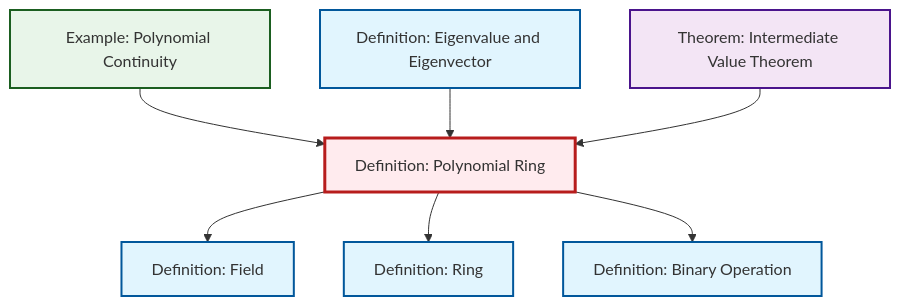
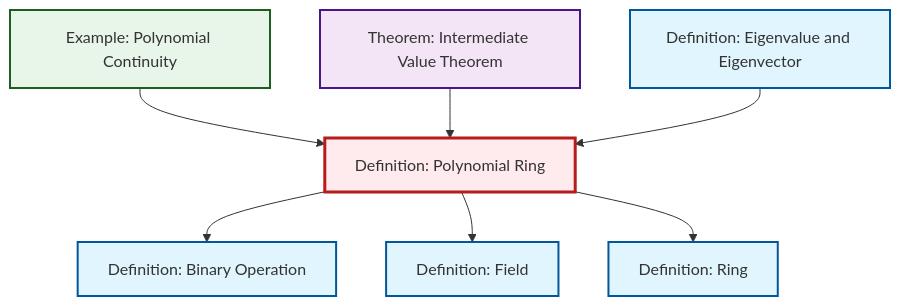
One commit to RK0429/ModernMath changed the diagram in content/en/algebra/def-polynomial-ring.qmd. Above: the diagram before and after it, drawn with Mermaid. The commit also changed other lines of this file and 474 other files, not shown here.

````diff
--- a/content/en/algebra/def-polynomial-ring.qmd
+++ b/content/en/algebra/def-polynomial-ring.qmd
@@ -93,29 +93,29 @@
 ```{mermaid}
 %%| fig-cap: "Local dependency graph"
 graph TD
     classDef definition fill:#e1f5fe,stroke:#01579b,stroke-width:2px
     classDef theorem fill:#f3e5f5,stroke:#4a148c,stroke-width:2px
     classDef axiom fill:#fff3e0,stroke:#e65100,stroke-width:2px
     classDef example fill:#e8f5e9,stroke:#1b5e20,stroke-width:2px
     classDef current fill:#ffebee,stroke:#b71c1c,stroke-width:3px
+    ex-polynomial-continuity["Example: Polynomial Continuity"]:::example
+    def-field["Definition: Field"]:::definition
+    def-polynomial-ring["Definition: Polynomial Ring"]:::definition
     def-ring["Definition: Ring"]:::definition
     thm-intermediate-value["Theorem: Intermediate Value Theorem"]:::theorem
-    def-field["Definition: Field"]:::definition
+    def-eigenvalue-eigenvector["Definition: Eigenvalue and Eigenvector"]:::definition
     def-binary-operation["Definition: Binary Operation"]:::definition
-    ex-polynomial-continuity["Example: Polynomial Continuity"]:::example
-    def-eigenvalue-eigenvector["Definition: Eigenvalue and Eigenvector"]:::definition
-    def-polynomial-ring["Definition: Polynomial Ring"]:::definition
+    def-polynomial-ring --> def-binary-operation
+    ex-polynomial-continuity --> def-polynomial-ring
     def-polynomial-ring --> def-field
-    ex-polynomial-continuity --> def-polynomial-ring
+    thm-intermediate-value --> def-polynomial-ring
     def-eigenvalue-eigenvector --> def-polynomial-ring
-    thm-intermediate-value --> def-polynomial-ring
     def-polynomial-ring --> def-ring
-    def-polynomial-ring --> def-binary-operation
     class def-polynomial-ring current
+    click ex-polynomial-continuity "ex-polynomial-continuity.html" "Go to Polynomial Continuity example"
+    click def-field "def-field.html" "Go to Field definition"
     click def-ring "def-ring.html" "Go to Ring definition"
     click thm-intermediate-value "thm-intermediate-value.html" "Go to Intermediate Value Theorem theorem"
-    click def-field "def-field.html" "Go to Field definition"
+    click def-eigenvalue-eigenvector "def-eigenvalue-eigenvector.html" "Go to Eigenvalue and Eigenvector definition"
     click def-binary-operation "def-binary-operation.html" "Go to Binary Operation definition"
-    click ex-polynomial-continuity "ex-polynomial-continuity.html" "Go to Polynomial Continuity example"
-    click def-eigenvalue-eigenvector "def-eigenvalue-eigenvector.html" "Go to Eigenvalue and Eigenvector definition"
 ```
````
